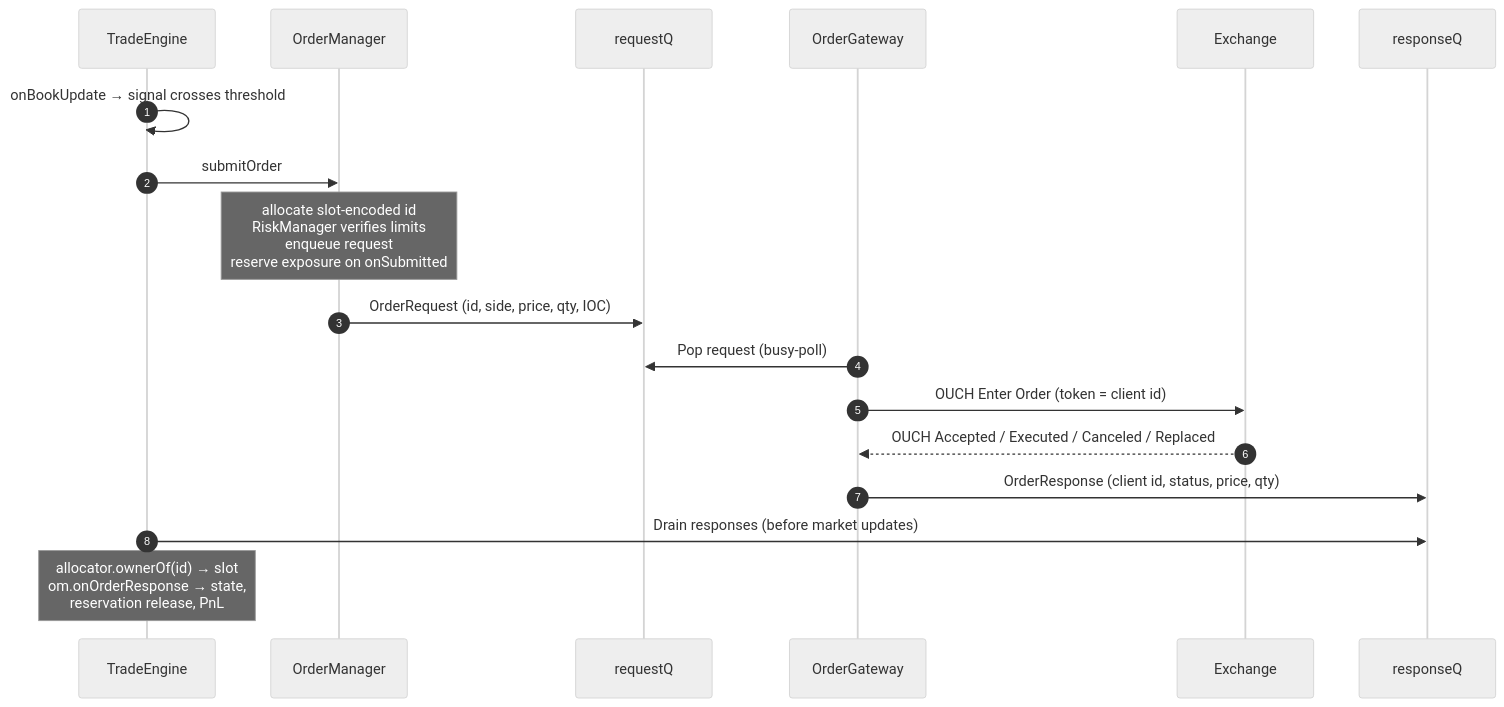
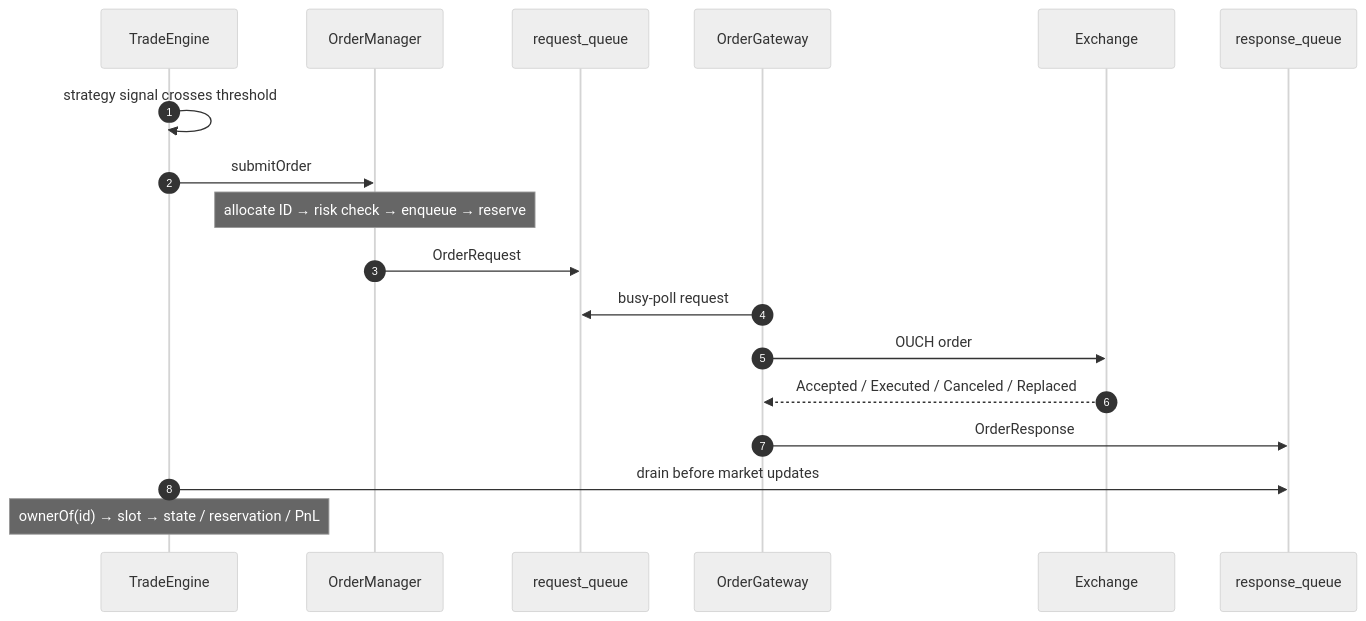
Before and after one commit to Yashwanth-1412/AlphaTrader: the diagram in README.md, drawn with Mermaid (neutral theme). The commit also changed other lines of this file and 7 other files, not shown here.

````diff
--- a/README.md
+++ b/README.md
@@ -295,21 +580,21 @@
 ```mermaid
 sequenceDiagram
     autonumber
     participant E as TradeEngine
     participant OM as OrderManager
-    participant RQ as requestQ
+    participant RQ as request_queue
     participant GW as OrderGateway
     participant X as Exchange
-    participant RespQ as responseQ
+    participant RespQ as response_queue
 
-    E->>E: onBookUpdate → signal crosses threshold
+    E->>E: strategy signal crosses threshold
     E->>OM: submitOrder
-    Note over OM: allocate slot-encoded id<br/>RiskManager verifies limits<br/>enqueue request<br/>reserve exposure on onSubmitted
-    OM->>RQ: OrderRequest (id, side, price, qty, IOC)
-    GW->>RQ: Pop request (busy-poll)
-    GW->>X: OUCH Enter Order (token = client id)
-    X-->>GW: OUCH Accepted / Executed / Canceled / Replaced
-    GW->>RespQ: OrderResponse (client id, status, price, qty)
-    E->>RespQ: Drain responses (before market updates)
-    Note over E: allocator.ownerOf(id) → slot<br/>om.onOrderResponse → state,<br/>reservation release, PnL
+    Note over OM: allocate ID → risk check → enqueue → reserve
+    OM->>RQ: OrderRequest
+    GW->>RQ: busy-poll request
+    GW->>X: OUCH order
+    X-->>GW: Accepted / Executed / Canceled / Replaced
+    GW->>RespQ: OrderResponse
+    E->>RespQ: drain before market updates
+    Note over E: ownerOf(id) → slot → state / reservation / PnL
 ```
````
